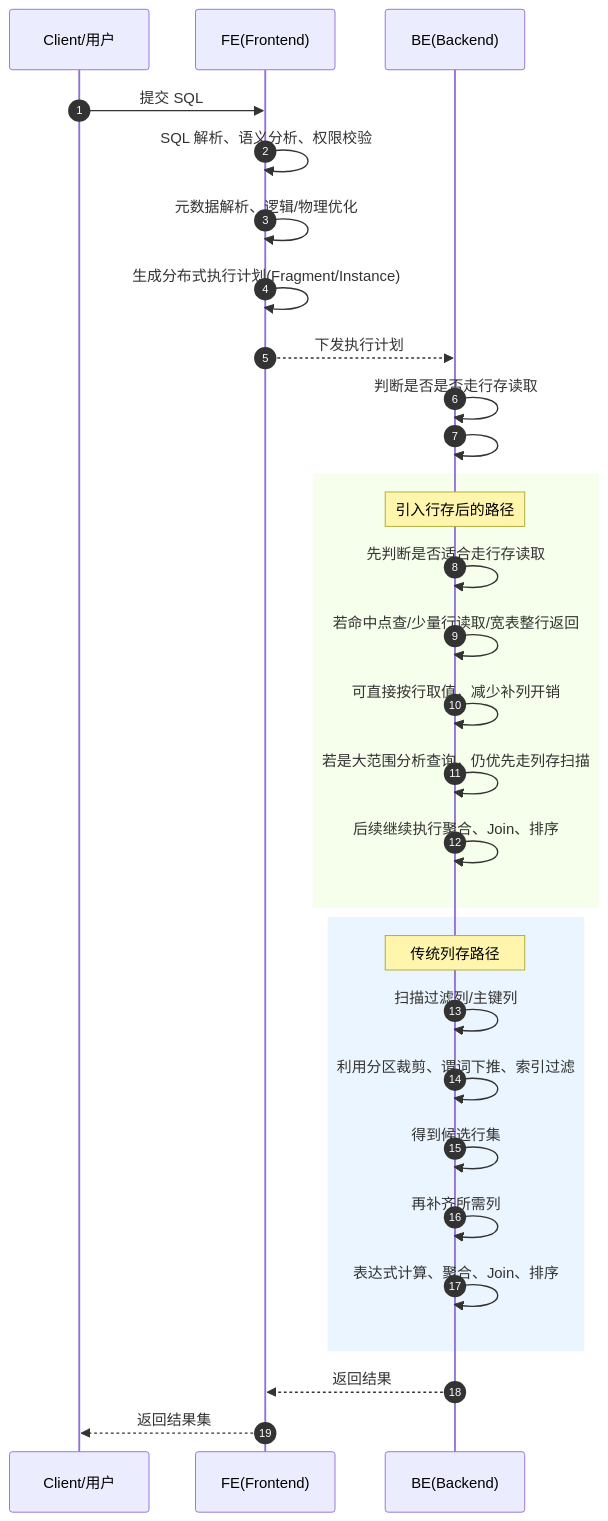
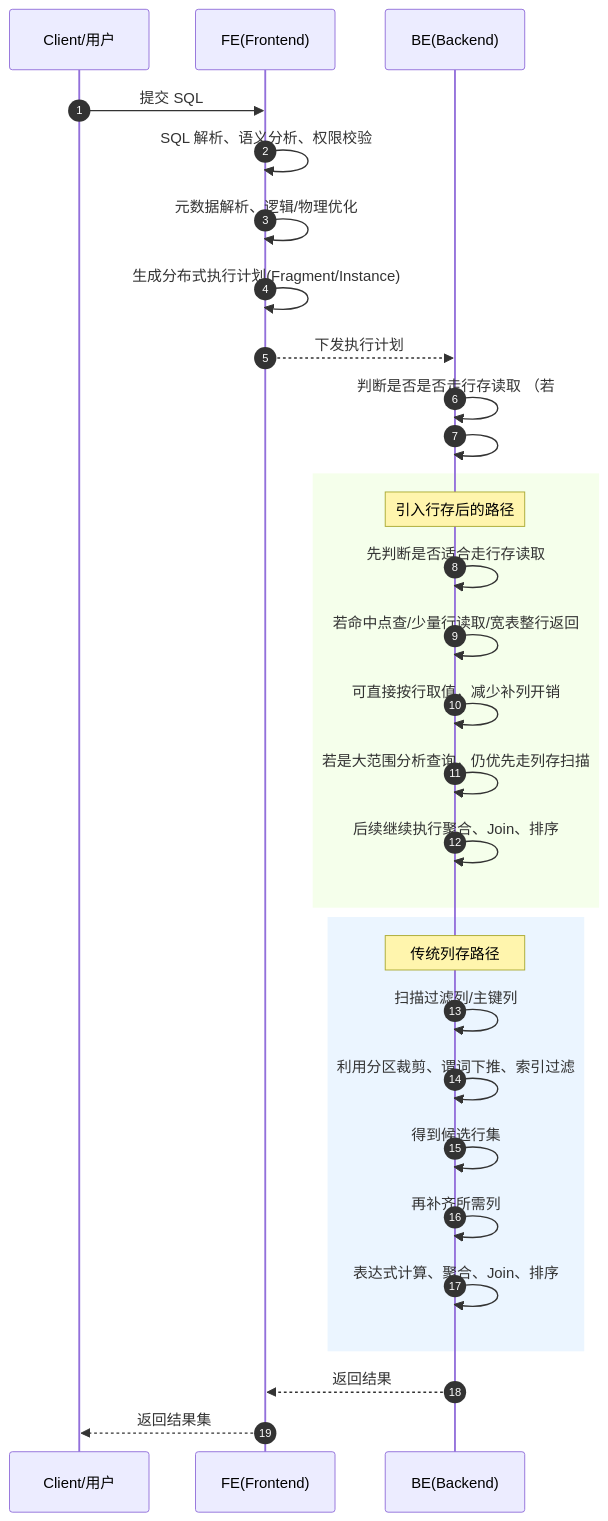
Before and after one commit to HY-10-8/iodraw-files: the diagram in all/未命名-4.md, drawn with Mermaid.

Commit message:
2026-04-22 17:39:30 update

````diff
--- a/all/未命名-4.md
+++ b/all/未命名-4.md
@@ -1,50 +1,50 @@
 ```mermaid
 sequenceDiagram
     autonumber
 
     participant Client as Client/用户
     participant FE as FE(Frontend)
     participant BE as BE(Backend)
     
     Client->>FE: 提交 SQL
     FE->>FE: SQL 解析、语义分析、权限校验
     FE->>FE: 元数据解析、逻辑/物理优化
     FE->>FE: 生成分布式执行计划(Fragment/Instance)
     FE-->>BE: 下发执行计划
 
-    BE->>BE: 判断是否是否走行存读取
+    BE->>BE: 判断是否是否走行存读取 （若 
     BE->>BE: 
 
 
 
     rect rgb(245,255,235)
         Note over BE: 引入行存后的路径
         BE->>BE: 先判断是否适合走行存读取
         BE->>BE: 若命中点查/少量行读取/宽表整行返回
         BE->>BE: 可直接按行取值，减少补列开销
         BE->>BE: 若是大范围分析查询，仍优先走列存扫描
         BE->>BE: 后续继续执行聚合、Join、排序
     end
 
 
     rect rgb(235,245,255)
         Note over BE: 传统列存路径
         BE->>BE: 扫描过滤列/主键列
         BE->>BE: 利用分区裁剪、谓词下推、索引过滤
         BE->>BE: 得到候选行集
         BE->>BE: 再补齐所需列
         BE->>BE: 表达式计算、聚合、Join、排序
     end
 
     BE-->>FE: 返回结果
     FE-->>Client: 返回结果集
 
 
 
 
 
 
 
 
 
 ```
````
